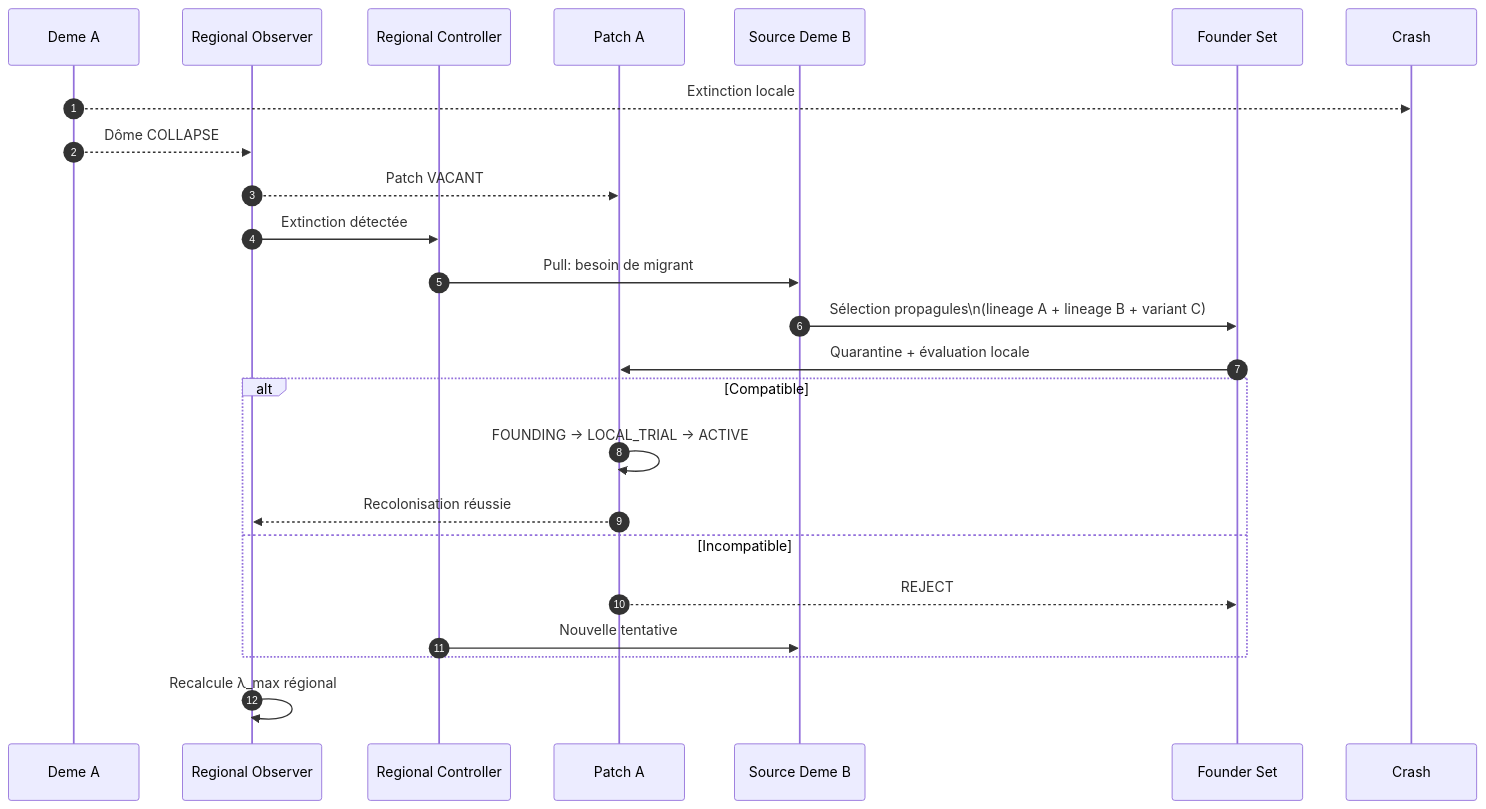
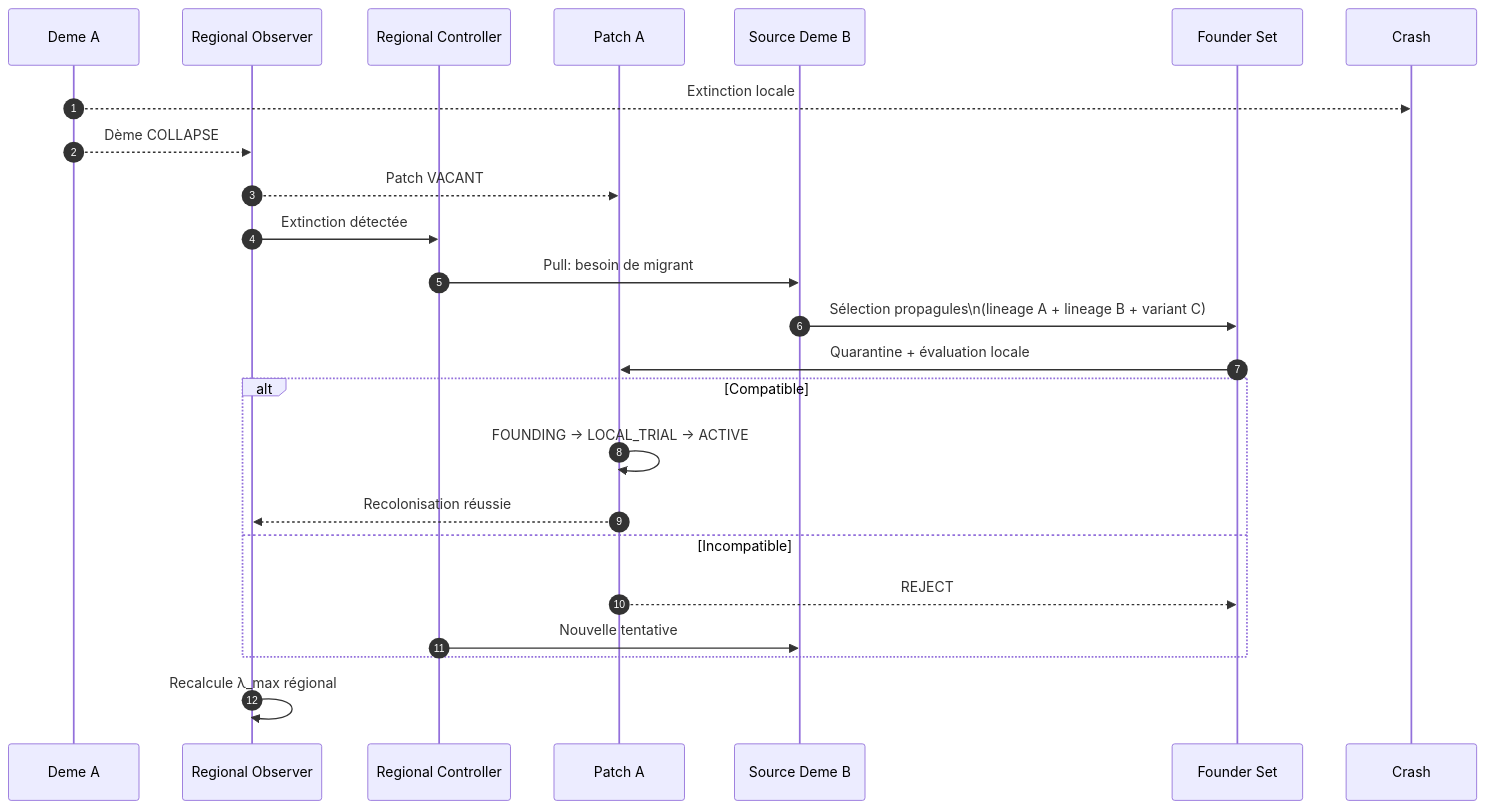
The second of 4 diagrams in docs/02-orchestration/topologies/metapopulation.md (PISSARAW/GenOS), drawn with Mermaid before and after one commit. The commit also changed other lines of this file and 5 other files, not shown here.

````diff
--- a/docs/02-orchestration/topologies/metapopulation.md
+++ b/docs/02-orchestration/topologies/metapopulation.md
@@ -1405,29 +1397,29 @@
 ```mermaid
 sequenceDiagram
     autonumber
     participant Deme as Deme A
     participant Observer as Regional Observer
     participant Controller as Regional Controller
     participant Patch as Patch A
     participant Source as Source Deme B
     participant Founder as Founder Set
 
     Deme-->>Crash: Extinction locale
-    Deme-->>Observer: Dôme COLLAPSE
+    Deme-->>Observer: Dème COLLAPSE
     Observer-->>Patch: Patch VACANT
     Observer->>Controller: Extinction détectée
 
     Controller->>Source: Pull: besoin de migrant
     Source->>Founder: Sélection propagules\n(lineage A + lineage B + variant C)
     Founder->>Patch: Quarantine + évaluation locale
 
     alt Compatible
         Patch->>Patch: FOUNDING → LOCAL_TRIAL → ACTIVE
         Patch-->>Observer: Recolonisation réussie
     else Incompatible
         Patch-->>Founder: REJECT
         Controller->>Source: Nouvelle tentative
     end
 
     Observer->>Observer: Recalcule λ_max régional
 ```
````
